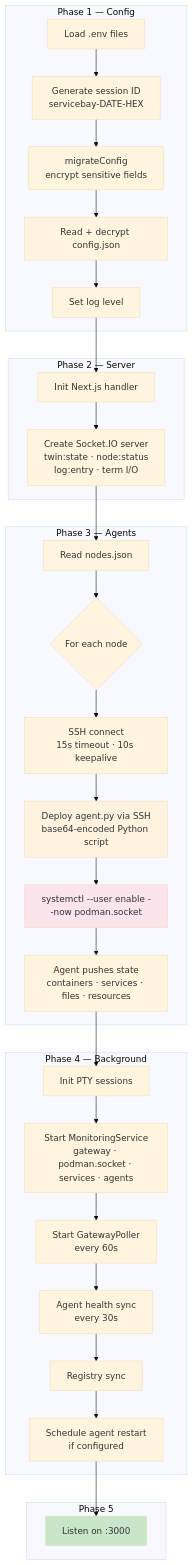
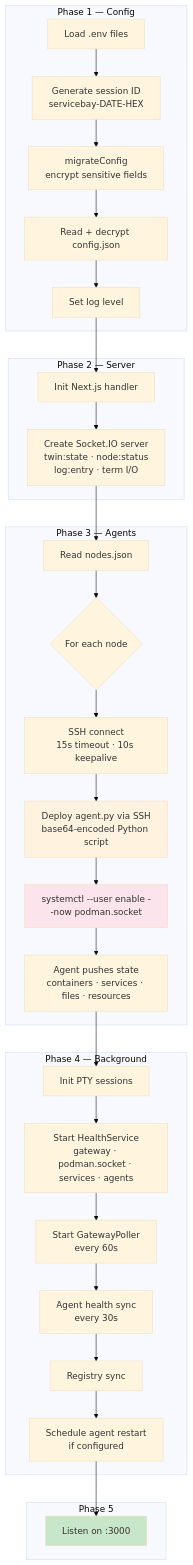
Before and after one commit to mdopp/servicebay: the fifth of 8 diagrams in docs/INSTALLATION.md, drawn with Mermaid (base theme). The commit also changed 38 other files, not shown here.

````diff
--- a/docs/INSTALLATION.md
+++ b/docs/INSTALLATION.md
@@ -182,46 +182,46 @@
 ```mermaid
 flowchart TD
     subgraph "Phase 1 — Config"
         A1[Load .env files] --> A2[Generate session ID<br/>servicebay-DATE-HEX]
         A2 --> A3[migrateConfig<br/>encrypt sensitive fields]
         A3 --> A4[Read + decrypt config.json]
         A4 --> A5[Set log level]
     end
 
     subgraph "Phase 2 — Server"
         B1[Init Next.js handler]
         B2[Create Socket.IO server<br/>twin:state · node:status<br/>log:entry · term I/O]
     end
 
     subgraph "Phase 3 — Agents"
         C1[Read nodes.json] --> C2{For each node}
         C2 --> C3[SSH connect<br/>15s timeout · 10s keepalive]
         C3 --> C4["Deploy agent.py via SSH<br/>base64-encoded Python script"]
         C4 --> C5["systemctl --user enable --now podman.socket"]
         C5 --> C6[Agent pushes state<br/>containers · services · files · resources]
     end
 
     subgraph "Phase 4 — Background"
         D1[Init PTY sessions]
-        D2[Start MonitoringService<br/>gateway · podman.socket · services · agents]
+        D2[Start HealthService<br/>gateway · podman.socket · services · agents]
         D3[Start GatewayPoller<br/>every 60s]
         D4[Agent health sync<br/>every 30s]
         D5[Registry sync]
         D6[Schedule agent restart<br/>if configured]
     end
 
     subgraph "Phase 5"
         E1[Listen on :3000]
     end
 
     A5 --> B1
     B1 --> B2
     B2 --> C1
     C6 --> D1
     D1 --> D2 --> D3 --> D4 --> D5 --> D6
     D6 --> E1
 
     style E1 fill:#c8e6c9
     style C4 fill:#fff3e0
     style C5 fill:#fce4ec
 ```
````
